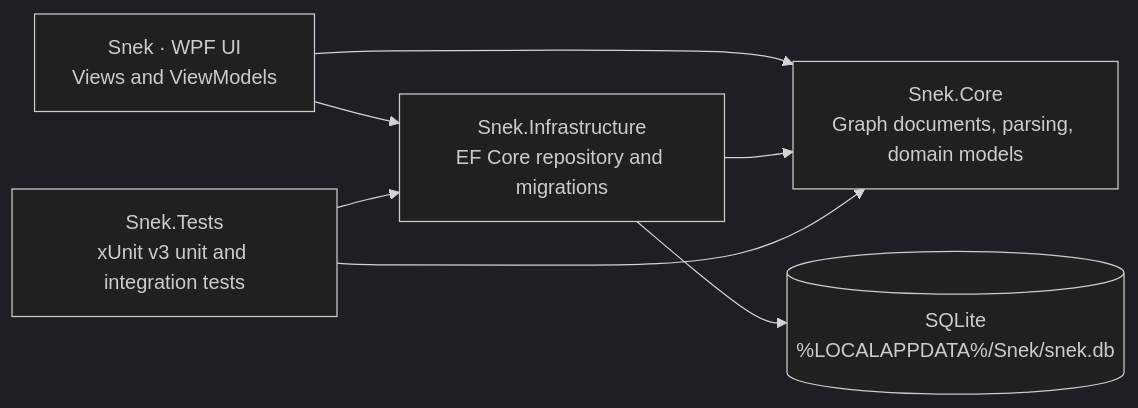
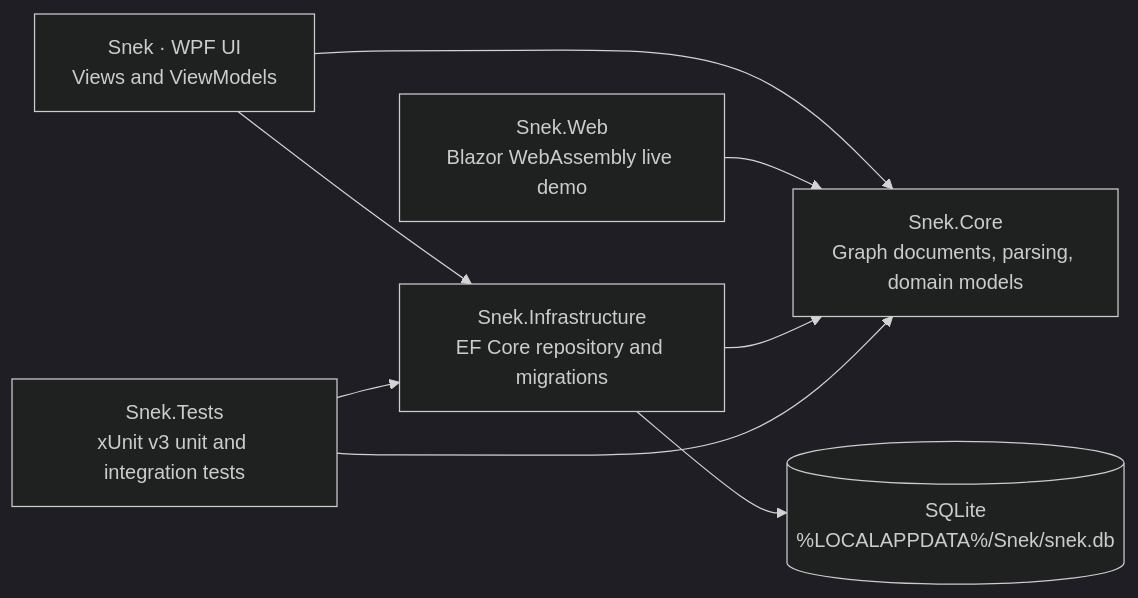
One commit to General-Iroh32/Snek changed the diagram in README.md. Above: the diagram before and after it, drawn with Mermaid (dark theme). The commit also changed other lines of this file and 14 other files, not shown here.

````diff
--- a/README.md
+++ b/README.md
@@ -34,15 +43,17 @@
 ```mermaid
 flowchart LR
     UI["Snek · WPF UI\nViews and ViewModels"]
     CORE["Snek.Core\nGraph documents, parsing, domain models"]
     INFRA["Snek.Infrastructure\nEF Core repository and migrations"]
     DB[("SQLite\n%LOCALAPPDATA%/Snek/snek.db")]
     TESTS["Snek.Tests\nxUnit v3 unit and integration tests"]
+    WEB["Snek.Web\nBlazor WebAssembly live demo"]
 
     UI --> CORE
+    WEB --> CORE
     UI --> INFRA
     INFRA --> CORE
     INFRA --> DB
     TESTS --> CORE
     TESTS --> INFRA
 ```
````
